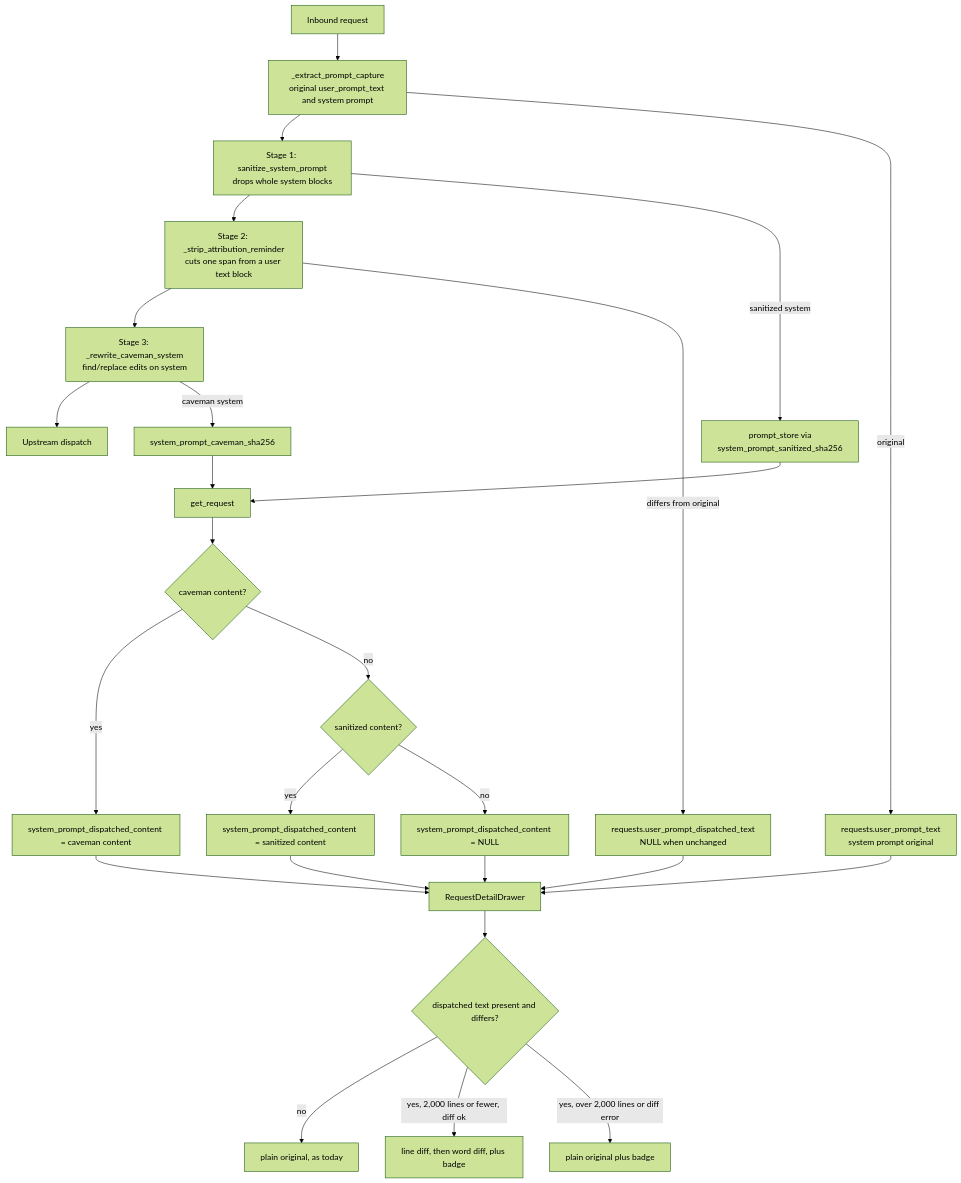
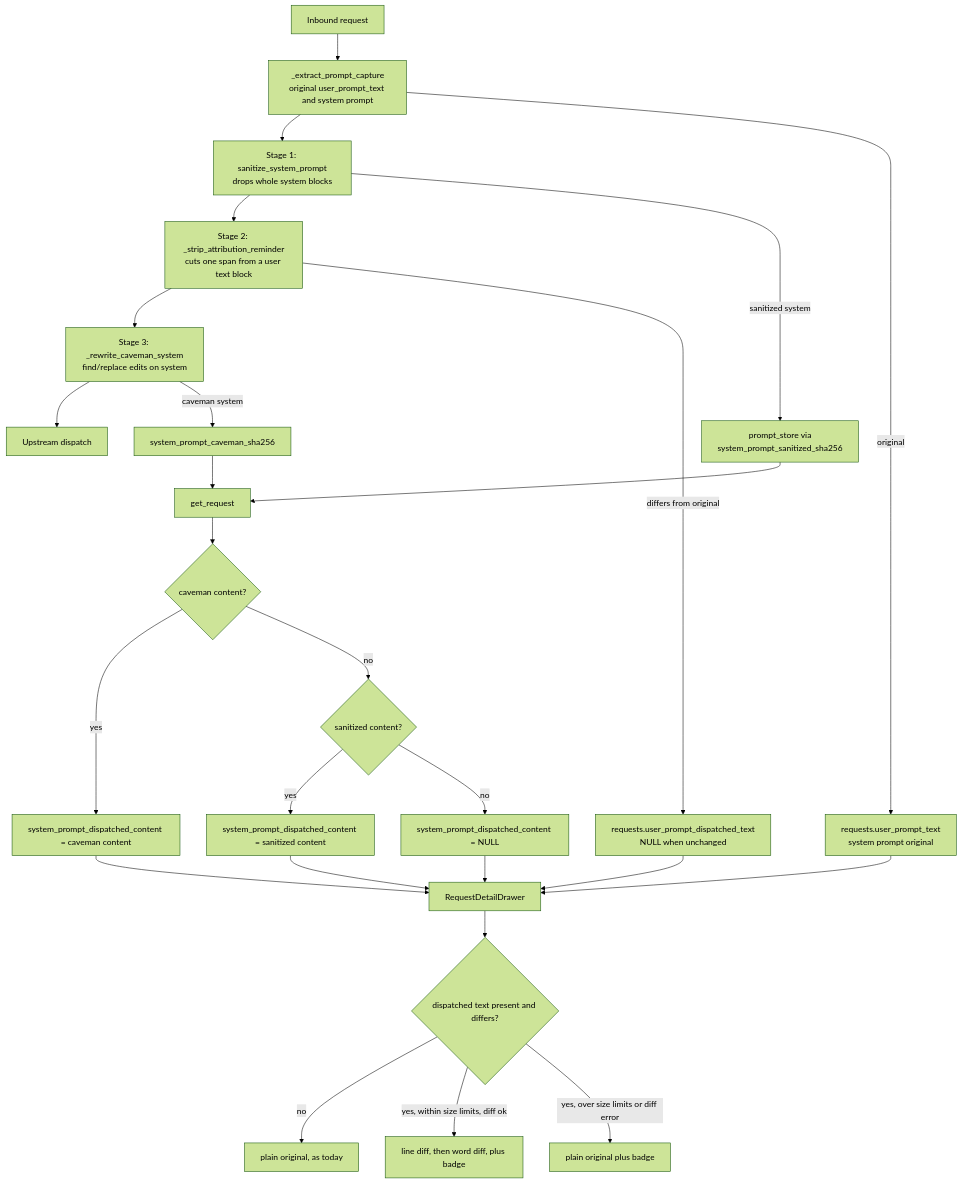
One commit to nj4x/anthrouter changed the diagram in docs/adr/0024-stripped-content-diff-view.md. Above: the diagram before and after it, drawn with Mermaid (forest theme). The commit also changed other lines of this file and 16 other files, not shown here.

````diff
--- a/docs/adr/0024-stripped-content-diff-view.md
+++ b/docs/adr/0024-stripped-content-diff-view.md
@@ -18,31 +18,31 @@
 ```mermaid
 flowchart TD
     REQ[Inbound request] --> CAP["_extract_prompt_capture<br/>original user_prompt_text and system prompt"]
     CAP --> SAN["Stage 1: sanitize_system_prompt<br/>drops whole system blocks"]
     SAN --> ATT["Stage 2: _strip_attribution_reminder<br/>cuts one span from a user text block"]
     ATT --> CAV["Stage 3: _rewrite_caveman_system<br/>find/replace edits on system"]
     CAV --> UP[Upstream dispatch]
 
     CAP -->|original| STO_O["requests.user_prompt_text<br/>system prompt original"]
     SAN -->|sanitized system| STO_S["prompt_store via<br/>system_prompt_sanitized_sha256"]
     ATT -->|differs from original| STO_U["requests.user_prompt_dispatched_text<br/>NULL when unchanged"]
     CAV -->|caveman system| STO_C["system_prompt_caveman_sha256"]
 
     STO_S --> GR["get_request"]
     STO_C --> GR
     GR --> DEC{"caveman content?"}
     DEC -->|yes| D1["system_prompt_dispatched_content = caveman content"]
     DEC -->|no| DEC2{"sanitized content?"}
     DEC2 -->|yes| D2["system_prompt_dispatched_content = sanitized content"]
     DEC2 -->|no| D3["system_prompt_dispatched_content = NULL"]
 
     STO_O --> UI["RequestDetailDrawer"]
     STO_U --> UI
     D1 --> UI
     D2 --> UI
     D3 --> UI
     UI --> CH{"dispatched text present and differs?"}
     CH -->|no| PL["plain original, as today"]
-    CH -->|yes, 2,000 lines or fewer, diff ok| DF["line diff, then word diff, plus badge"]
-    CH -->|yes, over 2,000 lines or diff error| FB["plain original plus badge"]
+    CH -->|yes, within size limits, diff ok| DF["line diff, then word diff, plus badge"]
+    CH -->|yes, over size limits or diff error| FB["plain original plus badge"]
 ```
````
